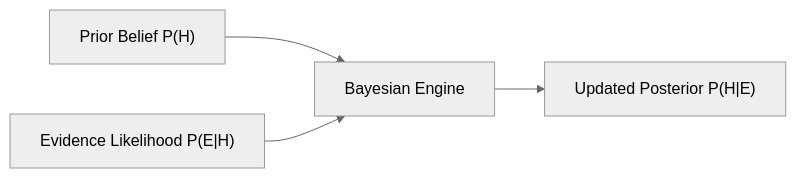
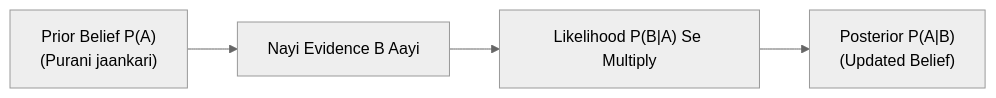
Before and after one commit to S1h2i3v4a/AI_ML: the diagram in lecture_20/Notes_20.12/README_HINGLISH.md, drawn with Mermaid (neutral theme). The commit also changed other lines of this file and 203 other files, not shown here.

Commit message:
docs(lectures 19-21): align notes with video lectures, add blackboard diagrams, clean structured functions, and compile vector PDFs

````diff
--- a/lecture_20/Notes_20.12/README_HINGLISH.md
+++ b/lecture_20/Notes_20.12/README_HINGLISH.md
@@ -14,6 +53,6 @@
 ```mermaid
 flowchart LR
-    A["Prior Belief P(H)"] --> C["Bayesian Engine"]
-    B["Evidence Likelihood P(E|H)"] --> C
-    C --> D["Updated Posterior P(H|E)"]
+    A["Prior Belief P(A)<br/>(Purani jaankari)"] --> B["Nayi Evidence B Aayi"]
+    B --> C["Likelihood P(B|A) Se Multiply"]
+    C --> D["Posterior P(A|B)<br/>(Updated Belief)"]
 ```
````
